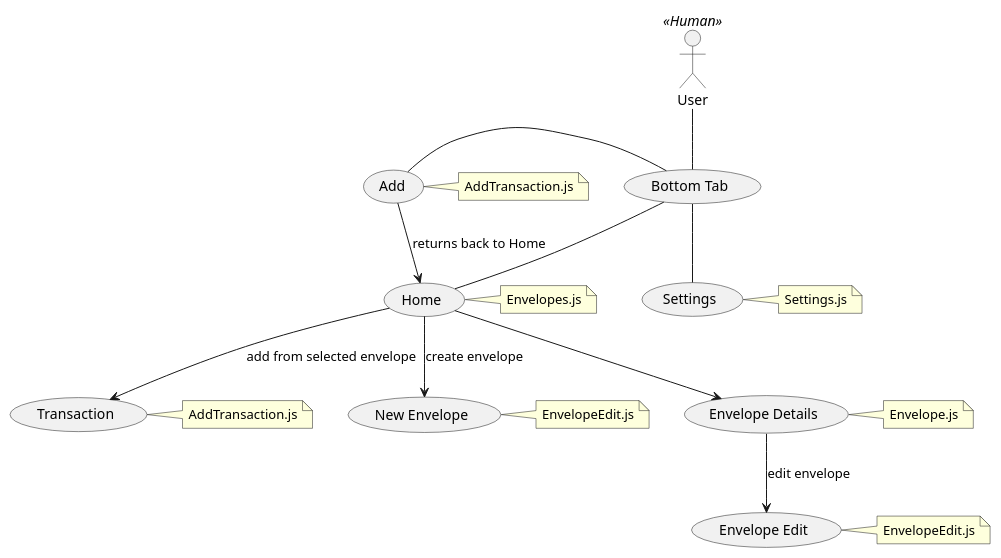
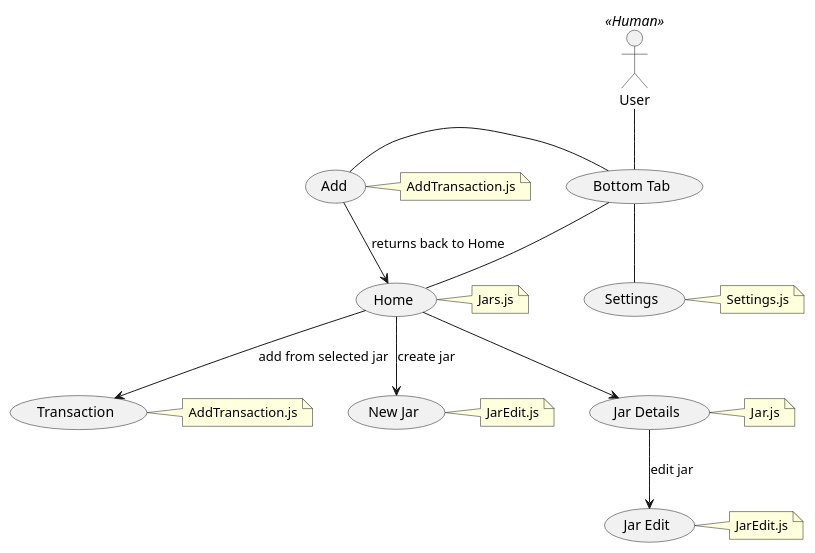
Before and after one commit to lil5/jam-budget-mobile: the diagram in docs/uml/containers.puml, drawn with PlantUML. The commit also changed 11 other files, not shown here.

Commit message:
Refactor `/envelope/jar/i`

```diff
--- a/docs/uml/containers.puml
+++ b/docs/uml/containers.puml
@@ -1,29 +1,29 @@
 @startuml
 
 User << Human >>
 
 User -- (Bottom Tab)
 (Bottom Tab) -- (Home)
-note right of (Home) : Envelopes.js
+note right of (Home) : Jars.js
 
-(Home) --> (Transaction) : add from selected envelope
+(Home) --> (Transaction) : add from selected jar
 note right of (Transaction) : AddTransaction.js
 
-(Home) --> (New Envelope): create envelope
-note right of (New Envelope) : EnvelopeEdit.js
+(Home) --> (New Jar): create jar
+note right of (New Jar) : JarEdit.js
 
-(Home) --> (Envelope Details)
-note right of (Envelope Details) : Envelope.js
+(Home) --> (Jar Details)
+note right of (Jar Details) : Jar.js
 
-(Envelope Details) --> (Envelope Edit) : edit envelope
-note right of (Envelope Edit) : EnvelopeEdit.js
+(Jar Details) --> (Jar Edit) : edit jar
+note right of (Jar Edit) : JarEdit.js
 
 (Bottom Tab) -left- (Add)
 note right of (Add) : AddTransaction.js
 (Add) --> (Home) : returns back to Home
 
 (Bottom Tab) -- (Settings)
 note right of (Settings) : Settings.js
 
 
 @enduml
```
